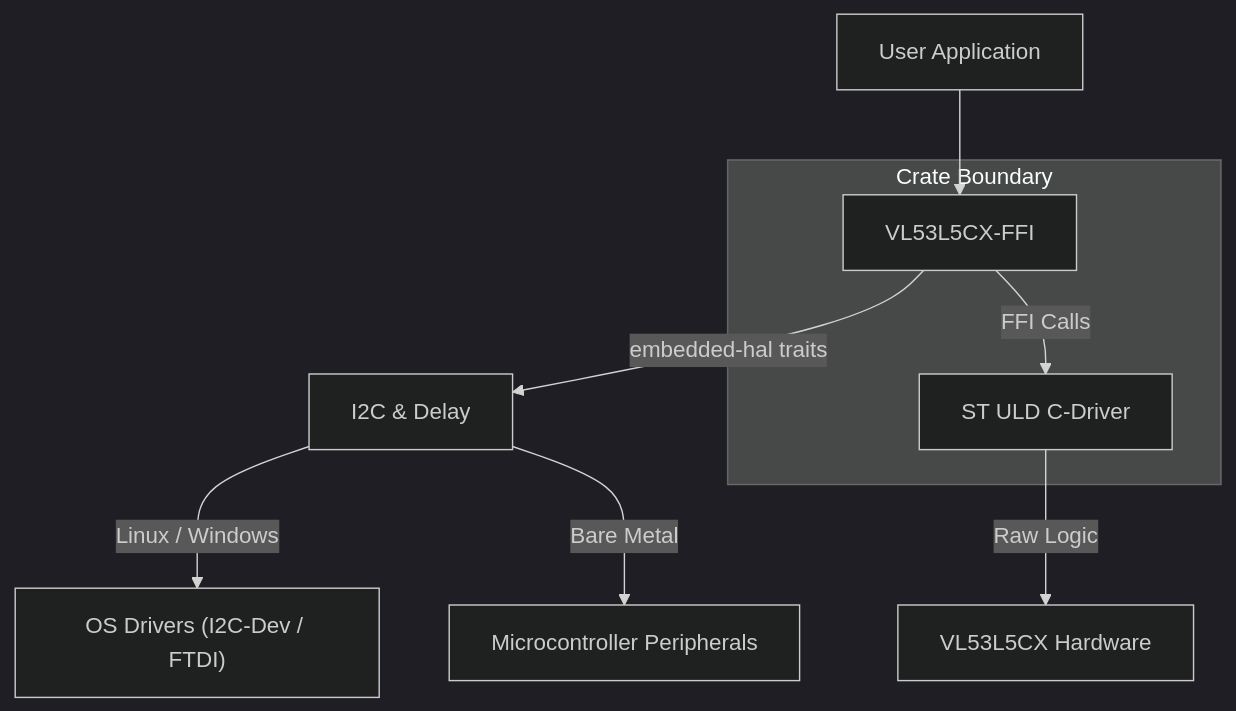
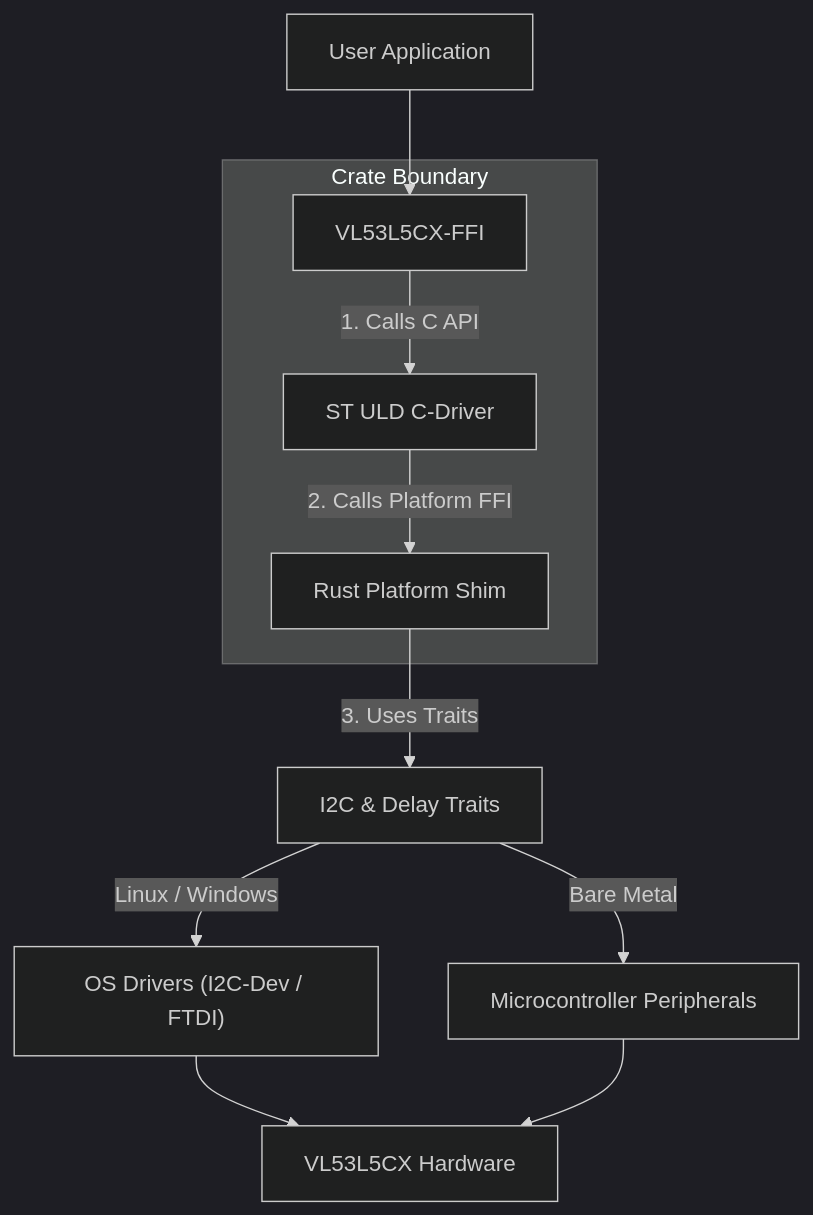
One commit to wakefarm/vl53l5cx-driver changed the diagram in README.md. Above: the diagram before and after it, drawn with Mermaid (dark theme).

Commit message:
Documentation fixes

````diff
--- a/README.md
+++ b/README.md
@@ -80,14 +80,17 @@
 ```mermaid
 graph TD
     User[User Application] --> RustAPI[VL53L5CX-FFI]
-    RustAPI -- "embedded-hal traits" --> HAL[I2C & Delay]
+    
+    subgraph "Crate Boundary"
+    RustAPI -- "1. Calls C API" --> C_Driver[ST ULD C-Driver]
+    C_Driver -- "2. Calls Platform FFI" --> RustPlatform[Rust Platform Shim]
+    end
+
+    RustPlatform -- "3. Uses Traits" --> HAL[I2C & Delay Traits]
+    
     HAL -- "Linux / Windows" --> OS["OS Drivers (I2C-Dev / FTDI)"]
     HAL -- "Bare Metal" --> MCU[Microcontroller Peripherals]
-    RustAPI -- "FFI Calls" --> C_Driver[ST ULD C-Driver]
-    C_Driver -- "Raw Logic" --> Sensor[VL53L5CX Hardware]
     
-    subgraph "Crate Boundary"
-    RustAPI
-    C_Driver
-    end
+    OS --> Sensor[VL53L5CX Hardware]
+    MCU --> Sensor
 ```
````
